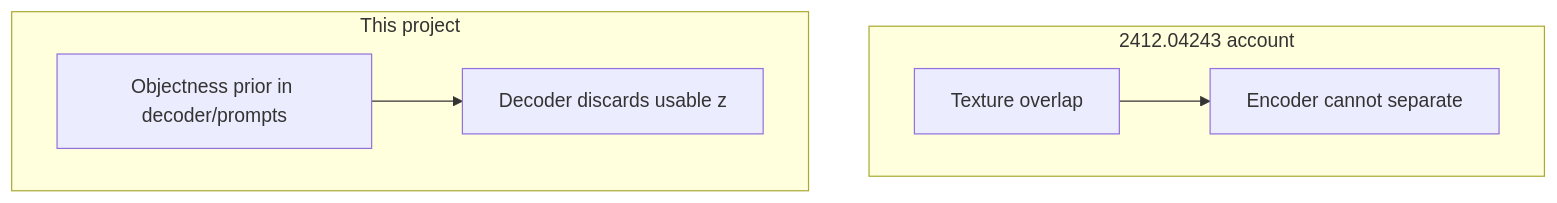
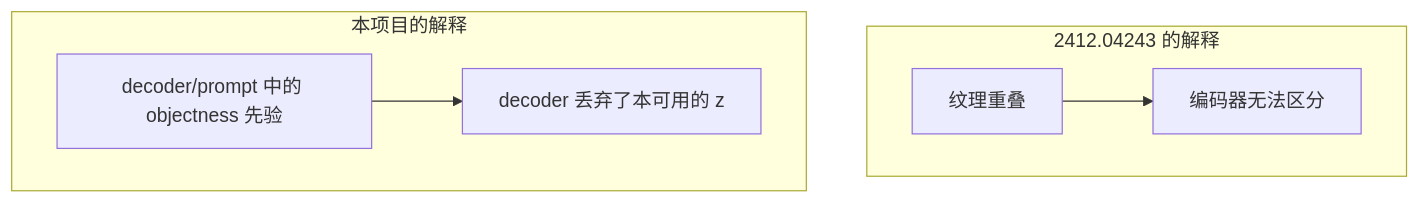
One commit to songkang688/idea changed the second of 2 diagrams in Windows8/Idea_01/diagrams/architecture.md. Above: the diagram before and after it, drawn with Mermaid. The commit also changed other lines of this file and 24 other files, not shown here.

````diff
--- a/Windows8/Idea_01/diagrams/architecture.md
+++ b/Windows8/Idea_01/diagrams/architecture.md
@@ -19,9 +19,9 @@
 ```mermaid
 flowchart TB
-  subgraph prior["2412.04243 account"]
-    tex[Texture overlap] --> encFail[Encoder cannot separate]
+  subgraph prior["2412.04243 的解释"]
+    tex[纹理重叠] --> encFail[编码器无法区分]
   end
-  subgraph ours["This project"]
-    obj[Objectness prior in decoder/prompts] --> decFail[Decoder discards usable z]
+  subgraph ours["本项目的解释"]
+    obj[decoder/prompt 中的 objectness 先验] --> decFail[decoder 丢弃了本可用的 z]
   end
 ```
````
